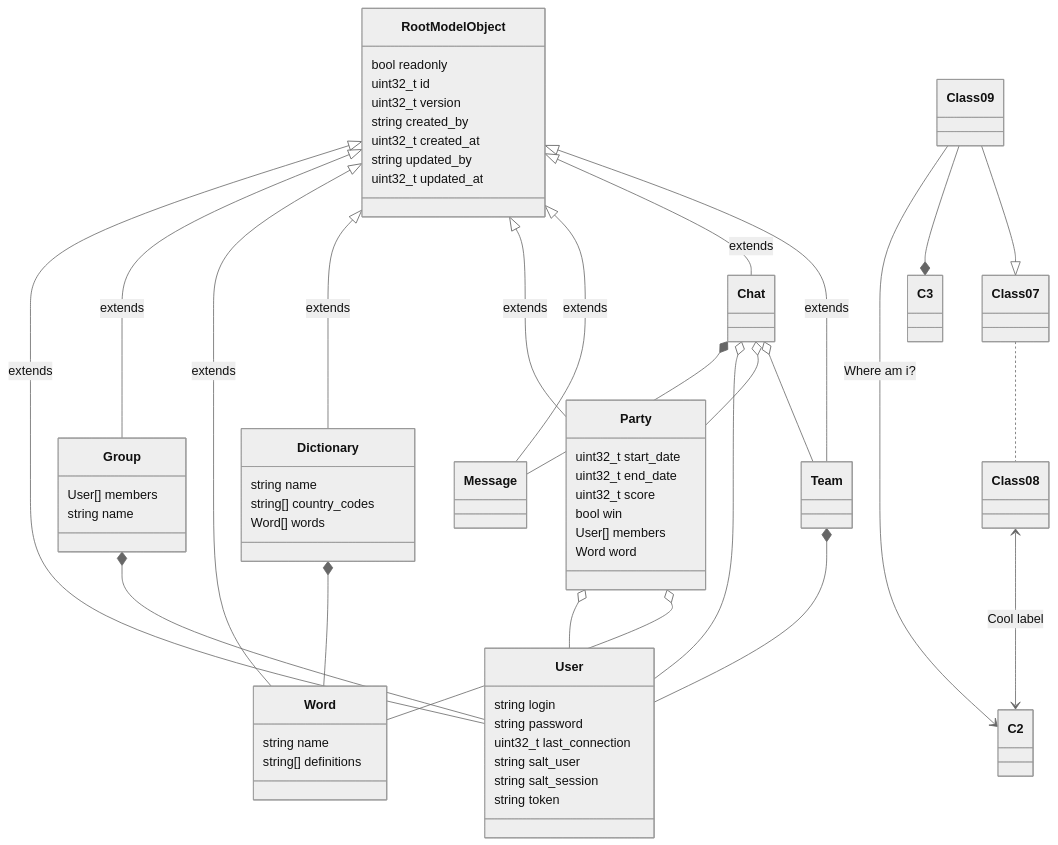
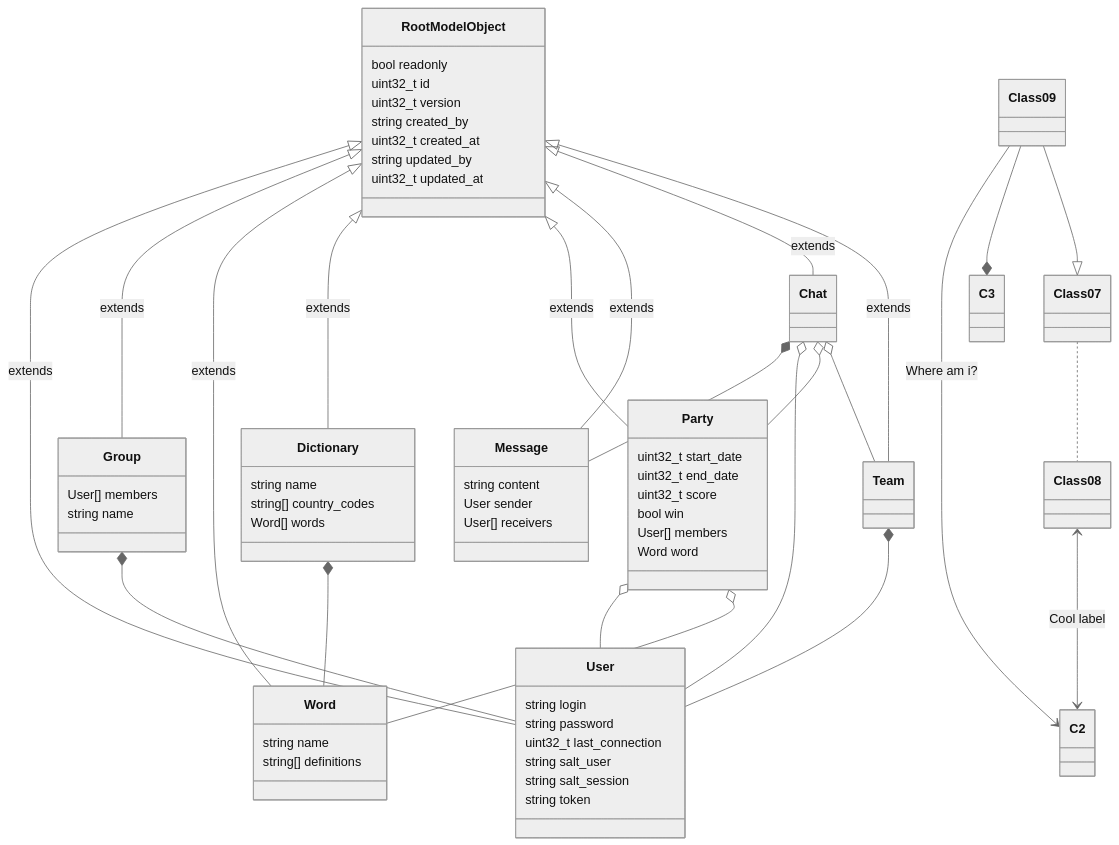
The diagram in wiki/dev-rules.md (MGuillaumeF/hangman-game), drawn with Mermaid (neutral theme) before and after one commit.

````diff
--- a/wiki/dev-rules.md
+++ b/wiki/dev-rules.md
@@ -57,52 +57,55 @@
 ```mermaid
 classDiagram
 RootModelObject <|-- User : extends
 RootModelObject <|-- Group : extends
 RootModelObject <|-- Word : extends
 RootModelObject <|-- Dictionary : extends
 RootModelObject <|-- Party : extends
 RootModelObject <|-- Message : extends
 RootModelObject <|-- Chat : extends
 RootModelObject <|-- Team : extends
 Chat *-- Message
 Chat o-- User
 Chat o-- Party
 Chat o-- Team
 Team *-- User
 Group *-- User
 Dictionary *-- Word
 Party o-- User
 Party o-- Word
 Class07 .. Class08
 Class09 --> C2 : Where am i?
 Class09 --* C3
 Class09 --|> Class07
 RootModelObject : bool readonly
 RootModelObject : uint32_t id
 RootModelObject : uint32_t version
 RootModelObject : string created_by
 RootModelObject : uint32_t created_at
 RootModelObject : string updated_by
 RootModelObject : uint32_t updated_at
 User : string login
 User : string password
 User : uint32_t last_connection
 User : string salt_user
 User : string salt_session
 User : string token
 Group : User[] members
 Group : string name
 Dictionary : string name
 Dictionary : string[] country_codes
 Dictionary : Word[] words
 Word : string name
 Word : string[] definitions
 Party : uint32_t start_date
 Party : uint32_t end_date
 Party : uint32_t score
 Party : bool win
 Party : User[] members
 Party : Word word
+Message : string content
+Message : User sender
+Message : User[] receivers
 Class08 <--> C2: Cool label
 
 ```
````
